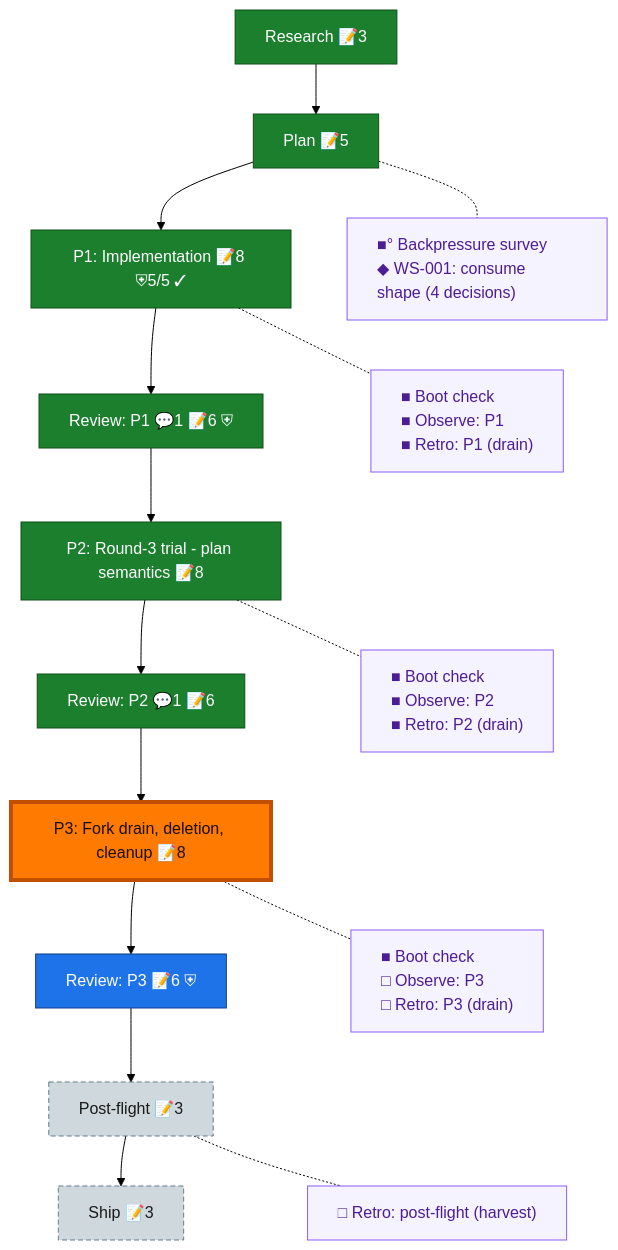
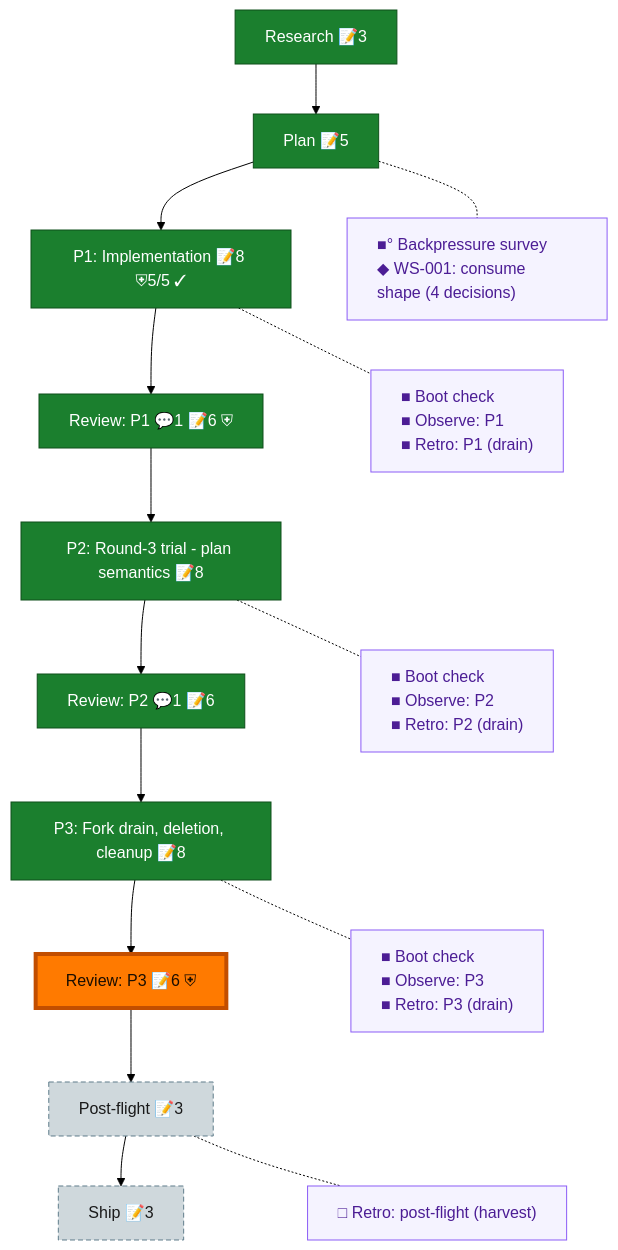
The diagram in docs/plans/080-dd-consume-upgrade/the-flow.md (AI-Substrate/harness-engineering), drawn with Mermaid (forest theme) before and after one commit. The commit also changed other lines of this file and 1 other file, not shown here.

Commit message:
flow(080): phase-3 closed with receipts; nav at review-3

````diff
--- a/docs/plans/080-dd-consume-upgrade/the-flow.md
+++ b/docs/plans/080-dd-consume-upgrade/the-flow.md
@@ -8,38 +8,38 @@
 ```mermaid
 flowchart TD
     research["Research 📝3"]:::done
     plan["Plan 📝5"]:::done
     phase_1["P1: Implementation 📝8 ⛨5/5 ✓"]:::done
     review_1["Review: P1 💬1 📝6 ⛨"]:::done
     phase_2["P2: Round-3 trial - plan semantics 📝8"]:::done
     review_2["Review: P2 💬1 📝6"]:::done
-    phase_3["P3: Fork drain, deletion, cleanup 📝8"]:::known
+    phase_3["P3: Fork drain, deletion, cleanup 📝8"]:::done
     review_3["Review: P3 📝6 ⛨"]:::known
     post_flight["Post-flight 📝3"]:::assumed
     ship["Ship 📝3"]:::assumed
 
     research --> plan --> phase_1 --> review_1 --> phase_2 --> review_2 --> phase_3 --> review_3 --> post_flight --> ship
 
     planC["■° Backpressure survey<br/>◆ WS-001: consume shape (4 decisions)"]:::chore
     phase_1C["■ Boot check<br/>■ Observe: P1<br/>■ Retro: P1 (drain)"]:::chore
     phase_2C["■ Boot check<br/>■ Observe: P2<br/>■ Retro: P2 (drain)"]:::chore
-    phase_3C["■ Boot check<br/>□ Observe: P3<br/>□ Retro: P3 (drain)"]:::chore
+    phase_3C["■ Boot check<br/>■ Observe: P3<br/>■ Retro: P3 (drain)"]:::chore
     post_flightC["□ Retro: post-flight (harvest)"]:::chore
 
     %% invisible chain holds the gutter boxes in their own column
     planC ~~~ phase_1C ~~~ phase_2C ~~~ phase_3C ~~~ post_flightC
 
     %% dotted links pull each gutter box beside its node
     plan -.- planC
     phase_1 -.- phase_1C
     phase_2 -.- phase_2C
     phase_3 -.- phase_3C
     post_flight -.- post_flightC
 
     classDef done fill:#1B7F2E,stroke:#0F4F1B,color:#fff;
     classDef known fill:#1E73E8,stroke:#0D3F86,color:#fff;
     classDef assumed fill:#CFD8DC,stroke:#607D8B,color:#1a1a1a,stroke-dasharray:5 3;
     classDef chore fill:#f5f3ff,stroke:#8b5cf6,color:#4c1d95,text-align:left;
     classDef current fill:#FF7A00,stroke:#C24E00,color:#1a0e00,stroke-width:4px;
-    class phase_3 current;
+    class review_3 current;
 ```
````
